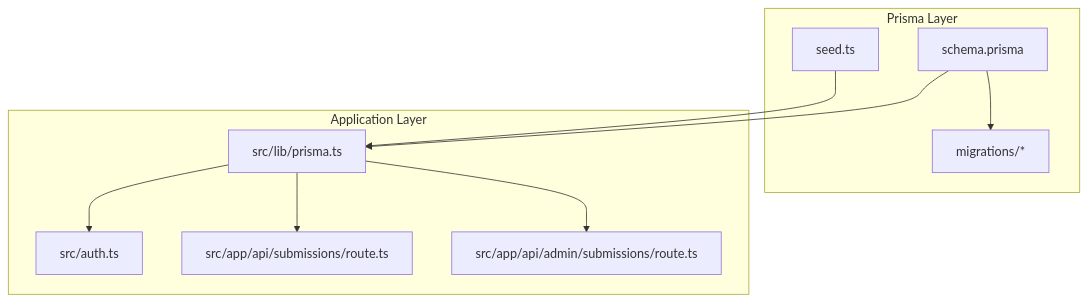
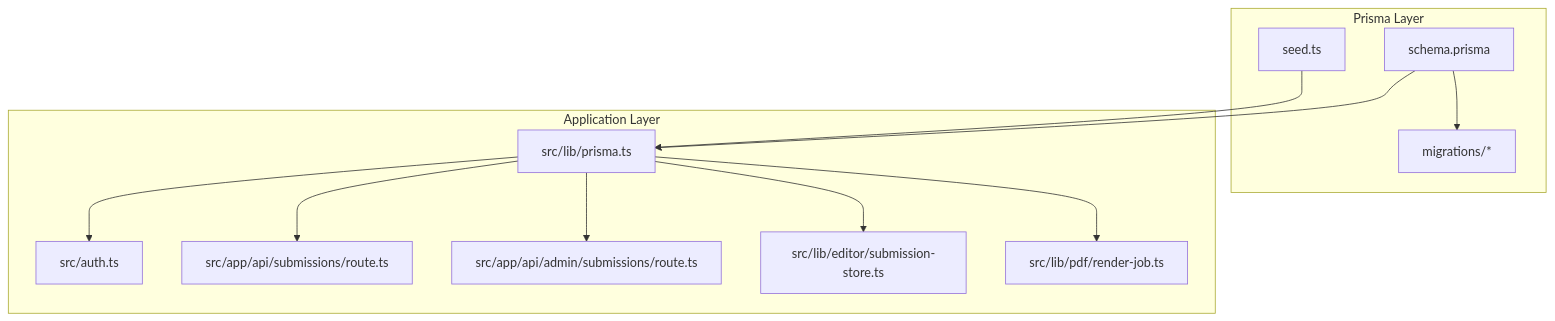
One commit to Crowdspender/titchybooks-app changed the first of 9 diagrams in .qoder/repowiki/en/content/Configuration & Environment/Database & Prisma Setup.md. Above: the diagram before and after it, drawn with Mermaid. The commit also changed other lines of this file and 23 other files, not shown here.

Commit message:
fix: address CodeRabbit review findings (docs accuracy, error UI, editor history, render snapshot)

````diff
--- a/.qoder/repowiki/en/content/Configuration & Environment/Database & Prisma Setup.md
+++ b/.qoder/repowiki/en/content/Configuration & Environment/Database & Prisma Setup.md
@@ -39,20 +52,24 @@
 ```mermaid
 graph TB
 subgraph "Prisma Layer"
 Schema["schema.prisma"]
 Migrations["migrations/*"]
 Seed["seed.ts"]
 end
 subgraph "Application Layer"
 PrismaClient["src/lib/prisma.ts"]
 Auth["src/auth.ts"]
 SubmissionsAPI["src/app/api/submissions/route.ts"]
 AdminSubmissionsAPI["src/app/api/admin/submissions/route.ts"]
+SubmissionStore["src/lib/editor/submission-store.ts"]
+RenderJob["src/lib/pdf/render-job.ts"]
 end
 Schema --> Migrations
 Schema --> PrismaClient
 PrismaClient --> Auth
 PrismaClient --> SubmissionsAPI
 PrismaClient --> AdminSubmissionsAPI
+PrismaClient --> SubmissionStore
+PrismaClient --> RenderJob
 Seed --> PrismaClient
 ```
````
